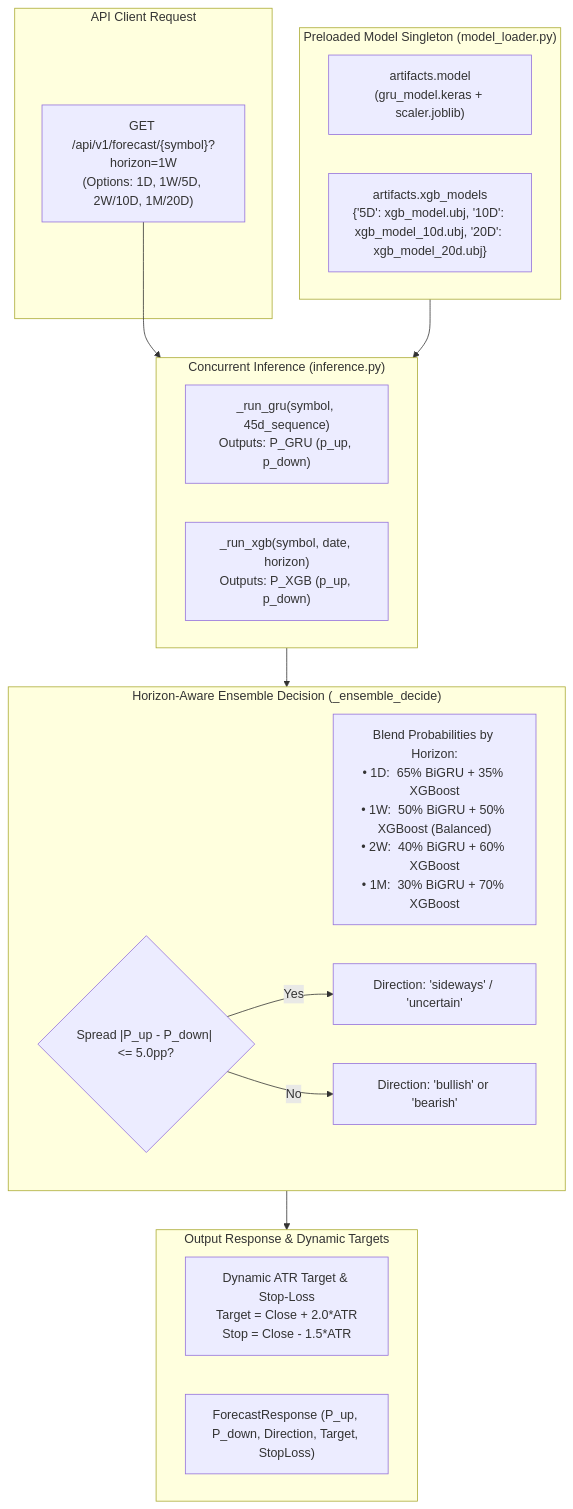
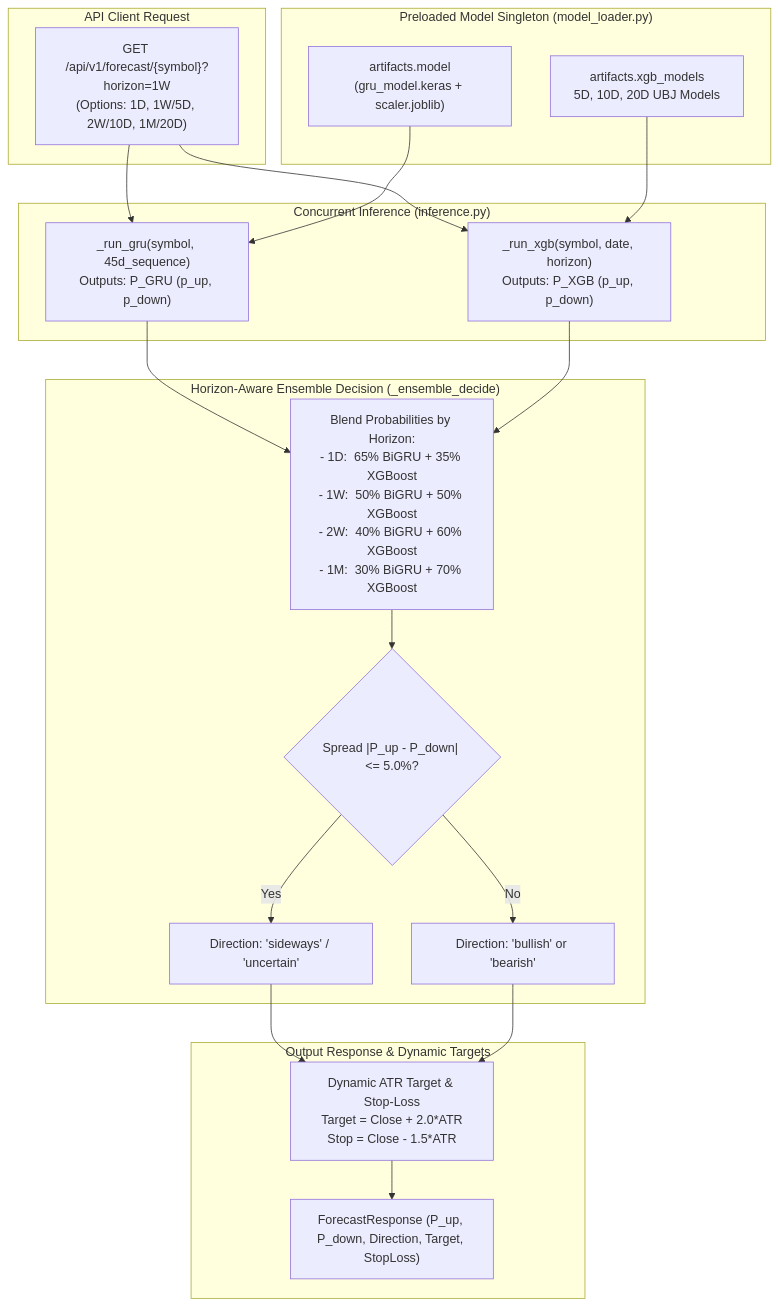
The diagram in docs/09-ai-ml/07-ml-deployment-inference.md (iahmedd-k/Basarat-fyp-official), drawn with Mermaid before and after one commit. The commit also changed 8 other files, not shown here.

Commit message:
docs: fix mermaid diagrams across README and documentation suite

````diff
--- a/docs/09-ai-ml/07-ml-deployment-inference.md
+++ b/docs/09-ai-ml/07-ml-deployment-inference.md
@@ -7,33 +7,39 @@
 ```mermaid
 flowchart TD
     subgraph ClientReq ["API Client Request"]
         REQ["GET /api/v1/forecast/{symbol}?horizon=1W<br/>(Options: 1D, 1W/5D, 2W/10D, 1M/20D)"]
     end
 
     subgraph MemoryLoaded ["Preloaded Model Singleton (model_loader.py)"]
         GRU_IN_MEM["artifacts.model<br/>(gru_model.keras + scaler.joblib)"]
-        XGB_IN_MEM["artifacts.xgb_models<br/>{'5D': xgb_model.ubj, '10D': xgb_model_10d.ubj, '20D': xgb_model_20d.ubj}"]
+        XGB_IN_MEM["artifacts.xgb_models<br/>5D, 10D, 20D UBJ Models"]
     end
 
     subgraph ConcurrentExecution ["Concurrent Inference (inference.py)"]
         GRU_RUN["_run_gru(symbol, 45d_sequence)<br/>Outputs: P_GRU (p_up, p_down)"]
         XGB_RUN["_run_xgb(symbol, date, horizon)<br/>Outputs: P_XGB (p_up, p_down)"]
     end
 
     subgraph BlendingEngine ["Horizon-Aware Ensemble Decision (_ensemble_decide)"]
-        DECIDE["Blend Probabilities by Horizon:<br/>• 1D:  65% BiGRU + 35% XGBoost<br/>• 1W:  50% BiGRU + 50% XGBoost (Balanced)<br/>• 2W:  40% BiGRU + 60% XGBoost<br/>• 1M:  30% BiGRU + 70% XGBoost"]
-        NEAR_TIE{"Spread |P_up - P_down| <= 5.0pp?"}
+        DECIDE["Blend Probabilities by Horizon:<br/>- 1D:  65% BiGRU + 35% XGBoost<br/>- 1W:  50% BiGRU + 50% XGBoost<br/>- 2W:  40% BiGRU + 60% XGBoost<br/>- 1M:  30% BiGRU + 70% XGBoost"]
+        NEAR_TIE{"Spread |P_up - P_down| <= 5.0%?"}
         NEAR_TIE -->|Yes| UNCERTAIN["Direction: 'sideways' / 'uncertain'"]
         NEAR_TIE -->|No| DIRECTION["Direction: 'bullish' or 'bearish'"]
     end
 
     subgraph ResponseBuilding ["Output Response & Dynamic Targets"]
         TARGET_STOP["Dynamic ATR Target & Stop-Loss<br/>Target = Close + 2.0*ATR<br/>Stop = Close - 1.5*ATR"]
         RETURN["ForecastResponse (P_up, P_down, Direction, Target, StopLoss)"]
     end
 
-    REQ --> ConcurrentExecution
-    MemoryLoaded --> ConcurrentExecution
-    ConcurrentExecution --> BlendingEngine
-    BlendingEngine --> ResponseBuilding
+    REQ --> GRU_RUN
+    REQ --> XGB_RUN
+    GRU_IN_MEM --> GRU_RUN
+    XGB_IN_MEM --> XGB_RUN
+    GRU_RUN --> DECIDE
+    XGB_RUN --> DECIDE
+    DECIDE --> NEAR_TIE
+    UNCERTAIN --> TARGET_STOP
+    DIRECTION --> TARGET_STOP
+    TARGET_STOP --> RETURN
 ```
````
